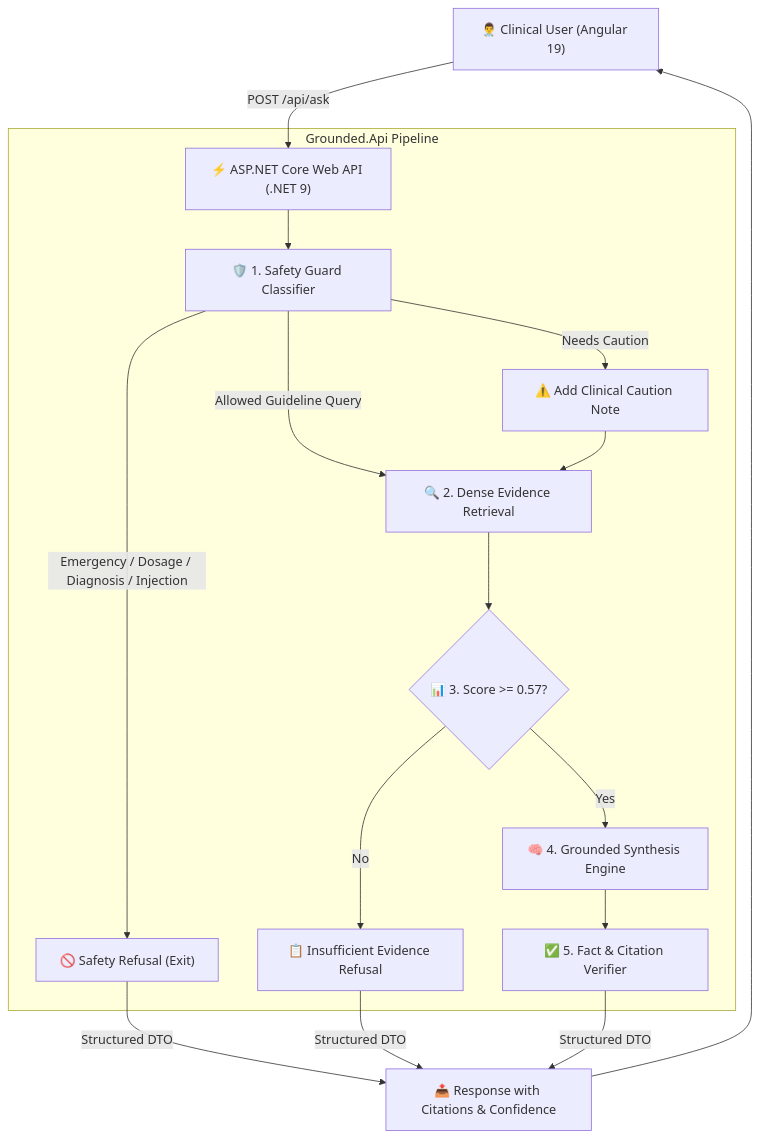
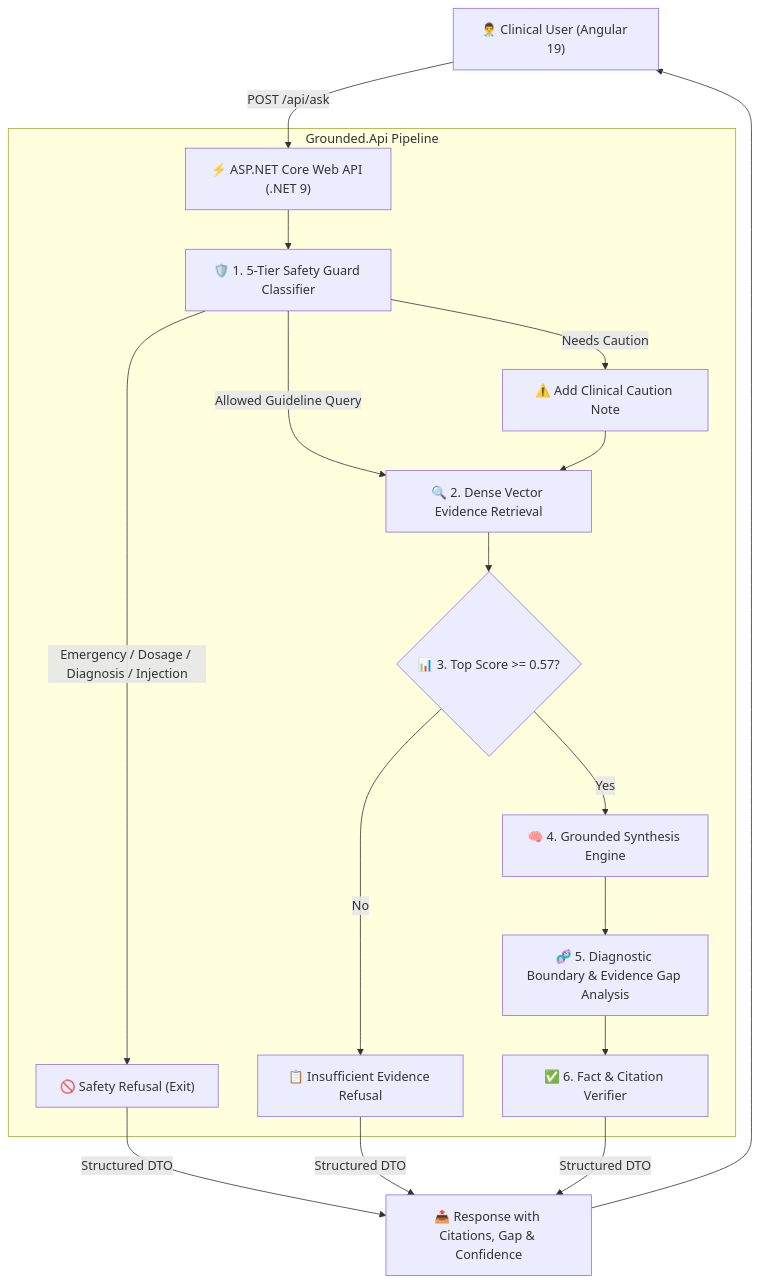
One commit to Sohilaayman129/Skin-Cancer changed the first of 2 diagrams in README.md. Above: the diagram before and after it, drawn with Mermaid. The commit also changed other lines of this file, not shown here.

````diff
--- a/README.md
+++ b/README.md
@@ -30,23 +32,24 @@
 ```mermaid
 flowchart TD
     User["👨‍⚕️ Clinical User (Angular 19)"] -->|POST /api/ask| DotNetAPI["⚡ ASP.NET Core Web API (.NET 9)"]
     
     subgraph Backend Pipeline [Grounded.Api Pipeline]
-        DotNetAPI --> Safety["🛡️ 1. Safety Guard Classifier"]
+        DotNetAPI --> Safety["🛡️ 1. 5-Tier Safety Guard Classifier"]
         Safety -->|Emergency / Dosage / Diagnosis / Injection| Refusal["🚫 Safety Refusal (Exit)"]
         Safety -->|Needs Caution| Warning["⚠️ Add Clinical Caution Note"]
-        Safety -->|Allowed Guideline Query| Retrieval["🔍 2. Dense Evidence Retrieval"]
+        Safety -->|Allowed Guideline Query| Retrieval["🔍 2. Dense Vector Evidence Retrieval"]
         
         Warning --> Retrieval
-        Retrieval --> Gate{"📊 3. Score >= 0.57?"}
+        Retrieval --> Gate{"📊 3. Top Score >= 0.57?"}
         Gate -->|No| Insufficient["📋 Insufficient Evidence Refusal"]
         Gate -->|Yes| Grounding["🧠 4. Grounded Synthesis Engine"]
         
-        Grounding --> Validator["✅ 5. Fact & Citation Verifier"]
+        Grounding --> GapAnalysis["🧬 5. Diagnostic Boundary & Evidence Gap Analysis"]
+        GapAnalysis --> Validator["✅ 6. Fact & Citation Verifier"]
     end
     
-    Refusal -->|Structured DTO| Response["📤 Response with Citations & Confidence"]
+    Refusal -->|Structured DTO| Response["📤 Response with Citations, Gap & Confidence"]
     Insufficient -->|Structured DTO| Response
     Validator -->|Structured DTO| Response
     Response --> User
 ```
````
